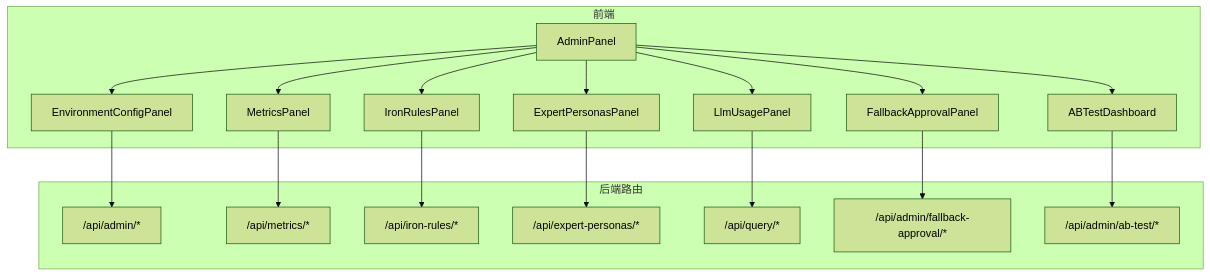
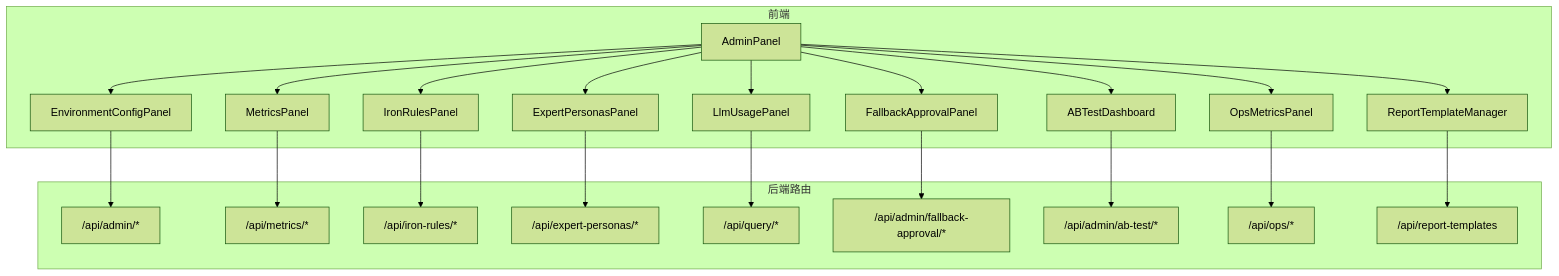
One commit to dgjin/smart-data-analytics changed the first of 13 diagrams in .qoder/repowiki/zh/content/前端应用/核心组件库/管理面板组件.md. Above: the diagram before and after it, drawn with Mermaid (forest theme). The commit also changed other lines of this file and 100 other files, not shown here.

````diff
--- a/.qoder/repowiki/zh/content/前端应用/核心组件库/管理面板组件.md
+++ b/.qoder/repowiki/zh/content/前端应用/核心组件库/管理面板组件.md
@@ -57,36 +61,44 @@
 ```mermaid
 graph TB
 subgraph "前端"
 AP["AdminPanel"]
 MP["MetricsPanel"]
 LU["LlmUsagePanel"]
 EC["EnvironmentConfigPanel"]
 IR["IronRulesPanel"]
 EP["ExpertPersonasPanel"]
 FA["FallbackApprovalPanel"]
+OM["OpsMetricsPanel"]
+RT["ReportTemplateManager"]
 AB["ABTestDashboard"]
 end
 subgraph "后端路由"
 R_ADMIN["/api/admin/*"]
 R_METRICS["/api/metrics/*"]
 R_IRON["/api/iron-rules/*"]
 R_PERSONA["/api/expert-personas/*"]
 R_QUERY["/api/query/*"]
 R_FALLBACK["/api/admin/fallback-approval/*"]
 R_ABTEST["/api/admin/ab-test/*"]
+R_OPS["/api/ops/*"]
+R_REPORTS["/api/report-templates"]
 end
 AP --> MP
 AP --> LU
 AP --> EC
 AP --> IR
 AP --> EP
 AP --> FA
+AP --> OM
+AP --> RT
 AP --> AB
 MP --> R_METRICS
 LU --> R_QUERY
 EC --> R_ADMIN
 IR --> R_IRON
 EP --> R_PERSONA
 FA --> R_FALLBACK
+OM --> R_OPS
+RT --> R_REPORTS
 AB --> R_ABTEST
 ```
````
